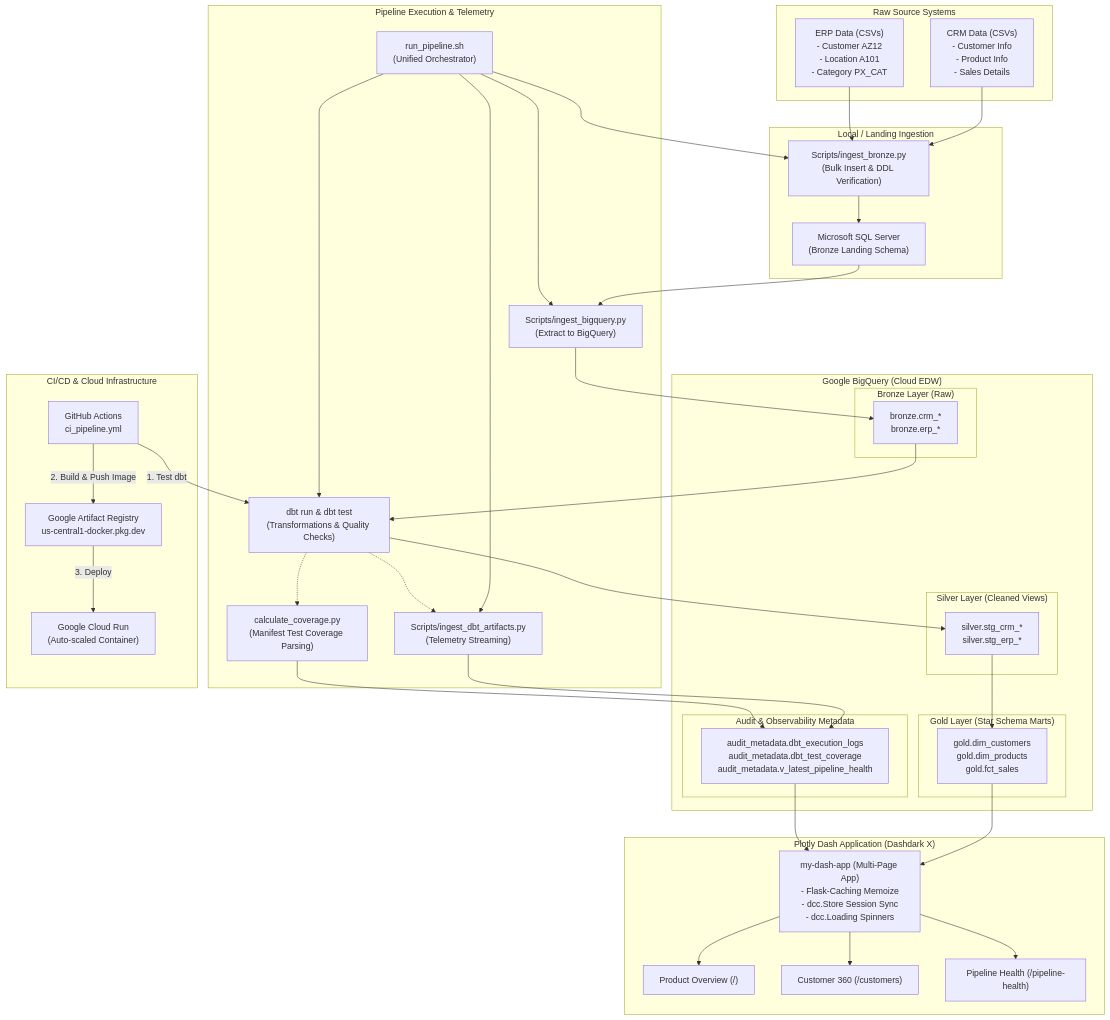
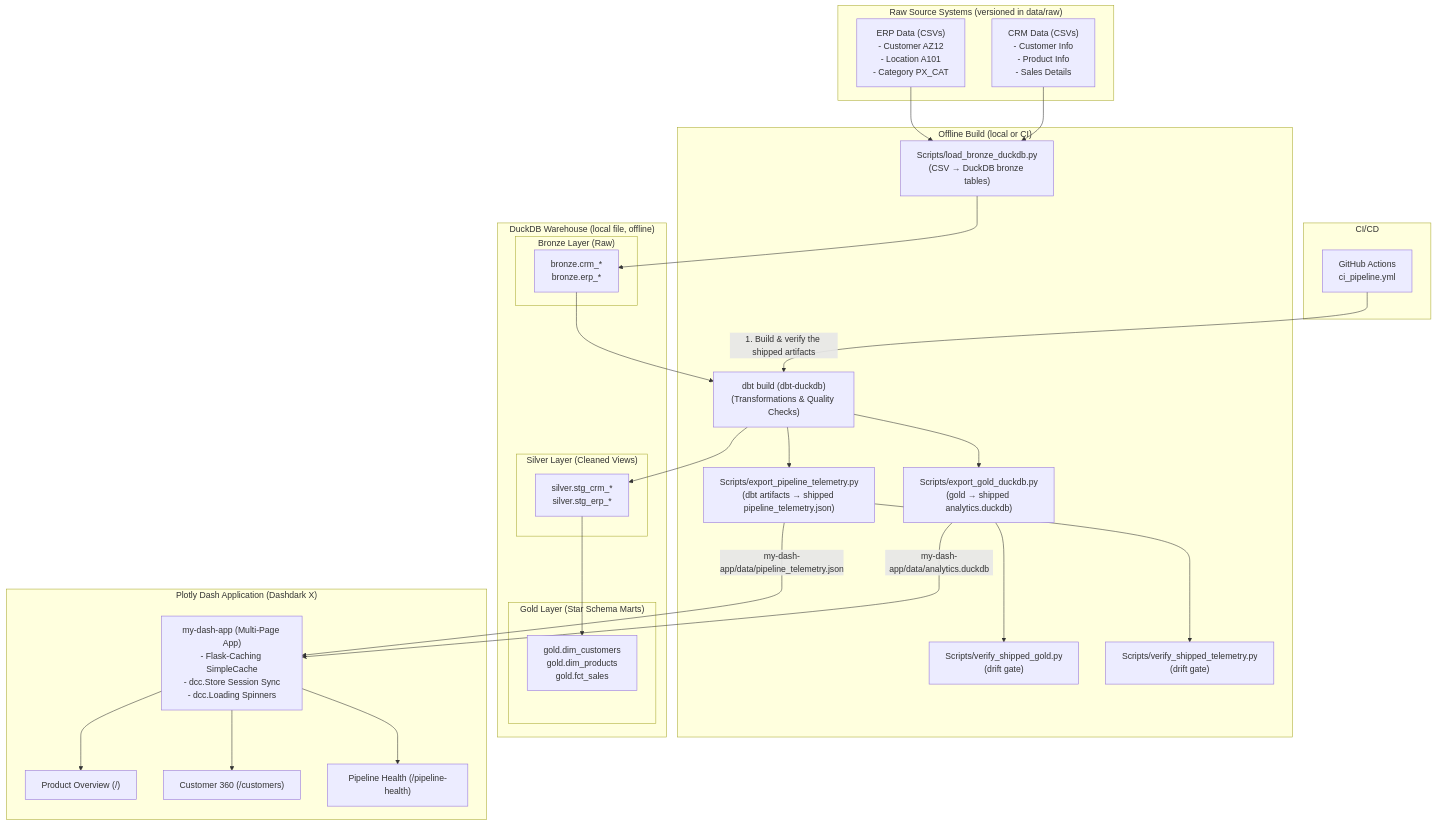
Before and after one commit to Datanerdbytes/dbt-bigquery-warehouse: the diagram in README.md, drawn with Mermaid. The commit also changed other lines of this file and 14 other files, not shown here.

First line of the commit message:
Swap the runtime data layer to the bundled DuckDB and telemetry artifacts

````diff
--- a/README.md
+++ b/README.md
@@ -67,83 +67,64 @@
 ```mermaid
 flowchart TD
-    subgraph Sources["Raw Source Systems"]
+    subgraph Sources["Raw Source Systems (versioned in data/raw)"]
         CRM["CRM Data (CSVs)\n- Customer Info\n- Product Info\n- Sales Details"]
         ERP["ERP Data (CSVs)\n- Customer AZ12\n- Location A101\n- Category PX_CAT"]
     end
 
-    subgraph Staging["Local / Landing Ingestion"]
-        SQLServer["Microsoft SQL Server\n(Bronze Landing Schema)"]
-        IngestBronze["Scripts/ingest_bronze.py\n(Bulk Insert & DDL Verification)"]
+    subgraph Build["Offline Build (local or CI)"]
+        IngestBronze["Scripts/load_bronze_duckdb.py\n(CSV → DuckDB bronze tables)"]
+        DBTRun["dbt build (dbt-duckdb)\n(Transformations & Quality Checks)"]
+        ExportGold["Scripts/export_gold_duckdb.py\n(gold → shipped analytics.duckdb)"]
+        ExportTelemetry["Scripts/export_pipeline_telemetry.py\n(dbt artifacts → shipped pipeline_telemetry.json)"]
+        VerifyGold["Scripts/verify_shipped_gold.py\n(drift gate)"]
+        VerifyTelemetry["Scripts/verify_shipped_telemetry.py\n(drift gate)"]
     end
 
-    subgraph BigQueryWarehouse["Google BigQuery (Cloud EDW)"]
+    subgraph Warehouse["DuckDB Warehouse (local file, offline)"]
         subgraph BronzeLayer["Bronze Layer (Raw)"]
-            BQ_Bronze["bronze.crm_*\nbronze.erp_*"]
+            DDB_Bronze["bronze.crm_*\nbronze.erp_*"]
         end
 
         subgraph SilverLayer["Silver Layer (Cleaned Views)"]
-            BQ_Silver["silver.stg_crm_*\nsilver.stg_erp_*"]
+            DDB_Silver["silver.stg_crm_*\nsilver.stg_erp_*"]
         end
 
         subgraph GoldLayer["Gold Layer (Star Schema Marts)"]
-            BQ_Gold["gold.dim_customers\ngold.dim_products\ngold.fct_sales"]
-        end
-
-        subgraph AuditLayer["Audit & Observability Metadata"]
-            BQ_Audit["audit_metadata.dbt_execution_logs\naudit_metadata.dbt_test_coverage\naudit_metadata.v_latest_pipeline_health"]
+            DDB_Gold["gold.dim_customers\ngold.dim_products\ngold.fct_sales"]
         end
     end
 
-    subgraph Orchestration["Pipeline Execution & Telemetry"]
-        Runner["run_pipeline.sh\n(Unified Orchestrator)"]
-        IngestBQ["Scripts/ingest_bigquery.py\n(Extract to BigQuery)"]
-        DBTRun["dbt run & dbt test\n(Transformations & Quality Checks)"]
-        IngestArtifacts["Scripts/ingest_dbt_artifacts.py\n(Telemetry Streaming)"]
-        CalcCoverage["calculate_coverage.py\n(Manifest Test Coverage Parsing)"]
-    end
-
     subgraph WebApplication["Plotly Dash Application (Dashdark X)"]
-        App["my-dash-app (Multi-Page App)\n- Flask-Caching Memoize\n- dcc.Store Session Sync\n- dcc.Loading Spinners"]
+        App["my-dash-app (Multi-Page App)\n- Flask-Caching SimpleCache\n- dcc.Store Session Sync\n- dcc.Loading Spinners"]
         Page1["Product Overview (/)"]
         Page2["Customer 360 (/customers)"]
         Page3["Pipeline Health (/pipeline-health)"]
     end
 
-    subgraph DevOps["CI/CD & Cloud Infrastructure"]
+    subgraph DevOps["CI/CD"]
         GHA["GitHub Actions\nci_pipeline.yml"]
-        ArtifactReg["Google Artifact Registry\nus-central1-docker.pkg.dev"]
-        CloudRun["Google Cloud Run\n(Auto-scaled Container)"]
     end
 
     %% Flow Connections
     CRM --> IngestBronze
     ERP --> IngestBronze
-    IngestBronze --> SQLServer
-    SQLServer --> IngestBQ
-    IngestBQ --> BQ_Bronze
+    IngestBronze --> DDB_Bronze
 
-    Runner --> IngestBronze
-    Runner --> IngestBQ
-    Runner --> DBTRun
-    Runner --> IngestArtifacts
+    DDB_Bronze --> DBTRun
+    DBTRun --> DDB_Silver
+    DDB_Silver --> DDB_Gold
 
-    BQ_Bronze --> DBTRun
-    DBTRun --> BQ_Silver
-    BQ_Silver --> BQ_Gold
+    DBTRun --> ExportGold
+    DBTRun --> ExportTelemetry
+    ExportGold -->|my-dash-app/data/analytics.duckdb| App
+    ExportTelemetry -->|my-dash-app/data/pipeline_telemetry.json| App
 
-    DBTRun -.-> IngestArtifacts
-    DBTRun -.-> CalcCoverage
-    IngestArtifacts --> BQ_Audit
-    CalcCoverage --> BQ_Audit
-
-    BQ_Gold --> App
-    BQ_Audit --> App
+    ExportGold --> VerifyGold
+    ExportTelemetry --> VerifyTelemetry
 
     App --> Page1
     App --> Page2
     App --> Page3
 
-    GHA -->|1. Test dbt| DBTRun
-    GHA -->|2. Build & Push Image| ArtifactReg
-    ArtifactReg -->|3. Deploy| CloudRun
+    GHA -->|1. Build & verify the shipped artifacts| DBTRun
 ```
````
